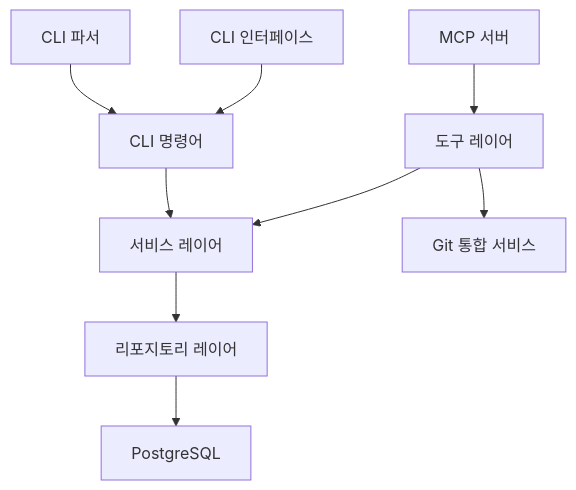
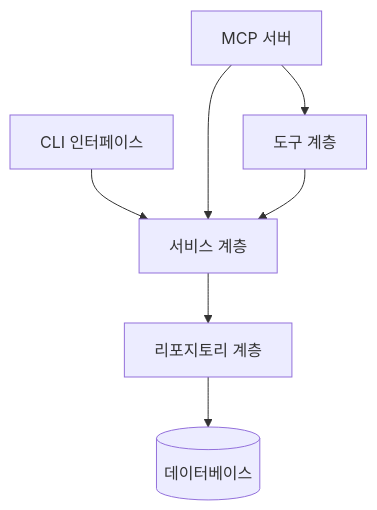
One commit to tallpizza/mcp-codebase changed the first of 2 diagrams in memory-bank/systemPatterns.md. Above: the diagram before and after it, drawn with Mermaid. The commit also changed other lines of this file and 5 other files, not shown here.

````diff
--- a/memory-bank/systemPatterns.md
+++ b/memory-bank/systemPatterns.md
@@ -5,14 +7,9 @@
 ```mermaid
 graph TD
-    MCP[MCP 서버] --> Tools[도구 레이어]
-    Tools --> Services[서비스 레이어]
-    Services --> Repository[리포지토리 레이어]
-    Repository --> Database[PostgreSQL]
-
-    CLI[CLI 인터페이스] --> CLICommand[CLI 명령어]
-    CLICommand --> Services
-
-    Tools --> GitService[Git 통합 서비스]
-
-    CLIParser[CLI 파서] --> CLICommand
+    CLI[CLI 인터페이스] --> Services[서비스 계층]
+    Server[MCP 서버] --> Services
+    Server --> Tools[도구 계층]
+    Services --> Repository[리포지토리 계층]
+    Repository --> DB[(데이터베이스)]
+    Tools --> Services
 ```
````
